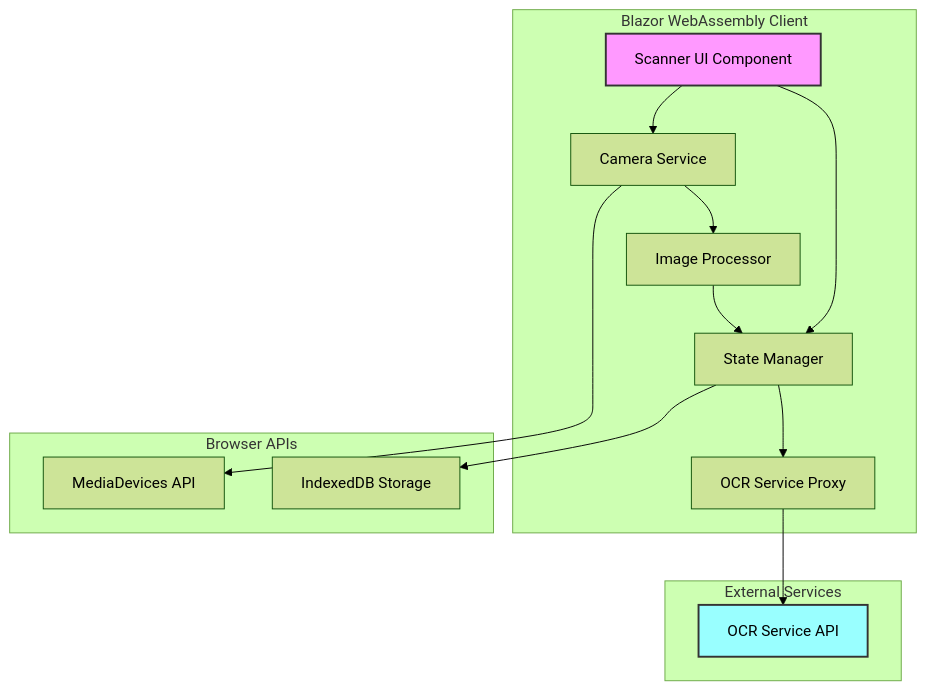
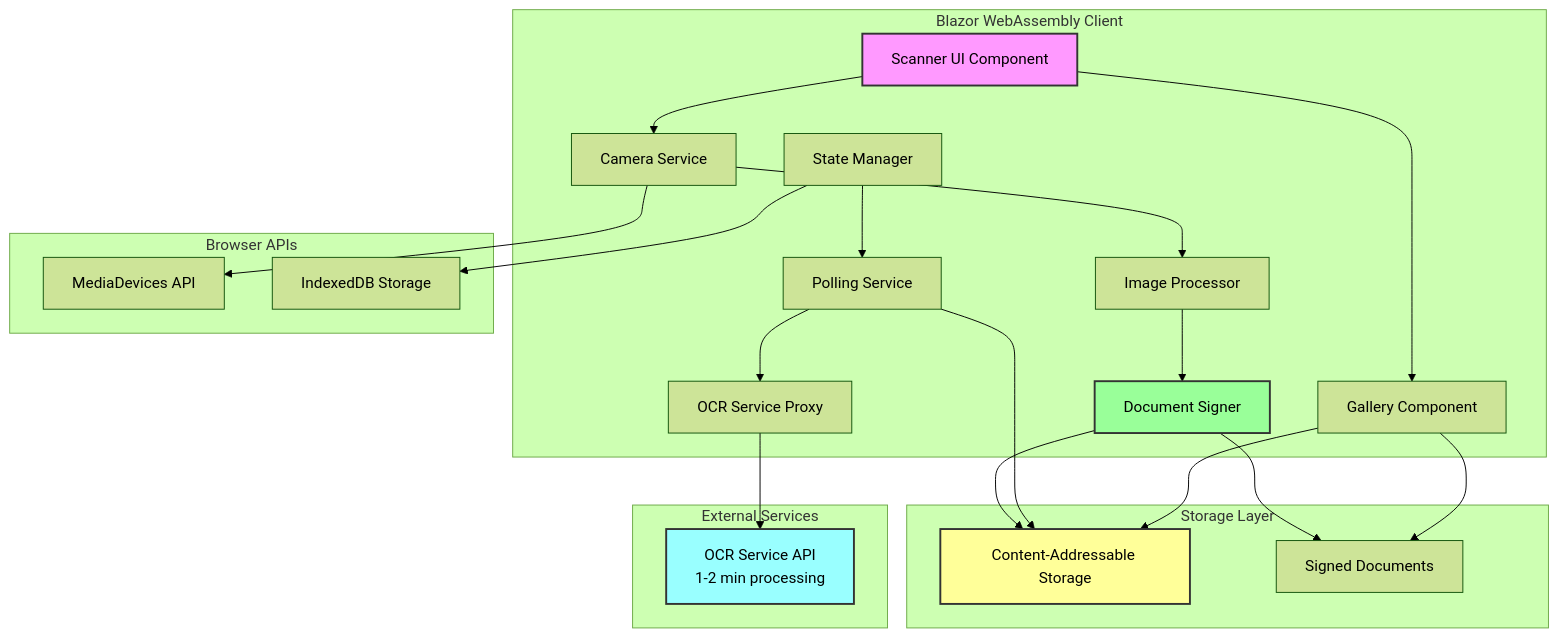
The first of 9 diagrams in docs/architecture/features/document-scanner/ocr-scanner-architecture.md (o2alexanderfedin/Nolock.social.frontends), drawn with Mermaid (forest theme) before and after one commit. The commit also changed other lines of this file and 2 other files, not shown here.

First line of the commit message:
docs: enhance OCR scanner architecture with CAS integration and update test mocks

````diff
--- a/docs/architecture/features/document-scanner/ocr-scanner-architecture.md
+++ b/docs/architecture/features/document-scanner/ocr-scanner-architecture.md
@@ -44,31 +50,47 @@
 ```mermaid
 graph TB
     subgraph "Blazor WebAssembly Client"
         UI[Scanner UI Component]
         CAM[Camera Service]
         IMG[Image Processor]
         STATE[State Manager]
         PROXY[OCR Service Proxy]
+        SIGN[Document Signer]
+        POLL[Polling Service]
+        GALLERY[Gallery Component]
     end
     
     subgraph "Browser APIs"
         MEDIA[MediaDevices API]
         STORE[IndexedDB Storage]
     end
     
+    subgraph "Storage Layer"
+        CAS[Content-Addressable Storage]
+        DOCS[Signed Documents]
+    end
+    
     subgraph "External Services"
-        OCR[OCR Service API]
+        OCR[OCR Service API<br/>1-2 min processing]
     end
     
     UI --> CAM
-    UI --> STATE
+    UI --> GALLERY
     CAM --> MEDIA
     CAM --> IMG
-    IMG --> STATE
-    STATE --> PROXY
+    IMG --> SIGN
+    SIGN --> CAS
+    SIGN --> DOCS
+    STATE --> POLL
+    POLL --> PROXY
     PROXY --> OCR
+    POLL --> CAS
     STATE --> STORE
+    GALLERY --> CAS
+    GALLERY --> DOCS
     
     style UI fill:#f9f,stroke:#333,stroke-width:2px
     style OCR fill:#9ff,stroke:#333,stroke-width:2px
+    style CAS fill:#ff9,stroke:#333,stroke-width:2px
+    style SIGN fill:#9f9,stroke:#333,stroke-width:2px
 ```
````
